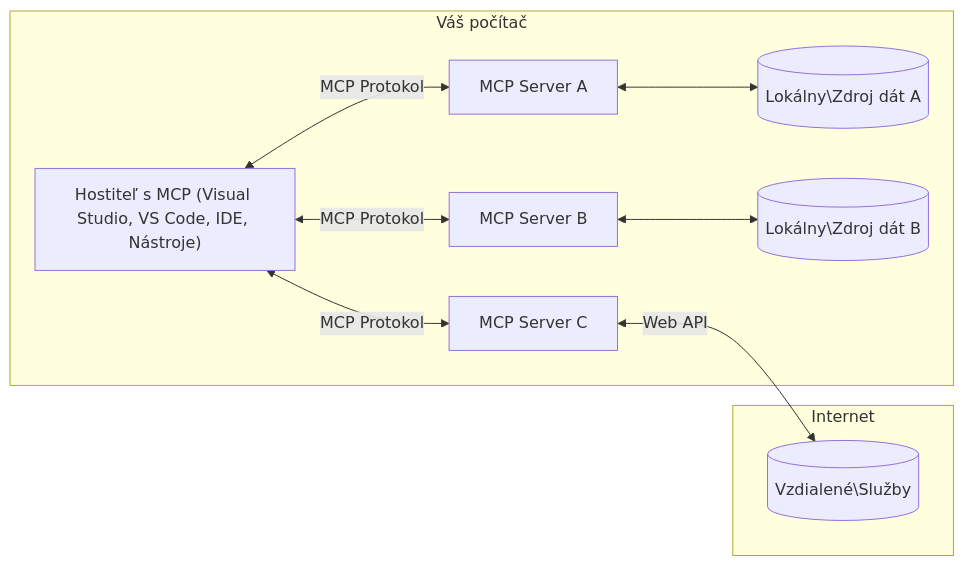
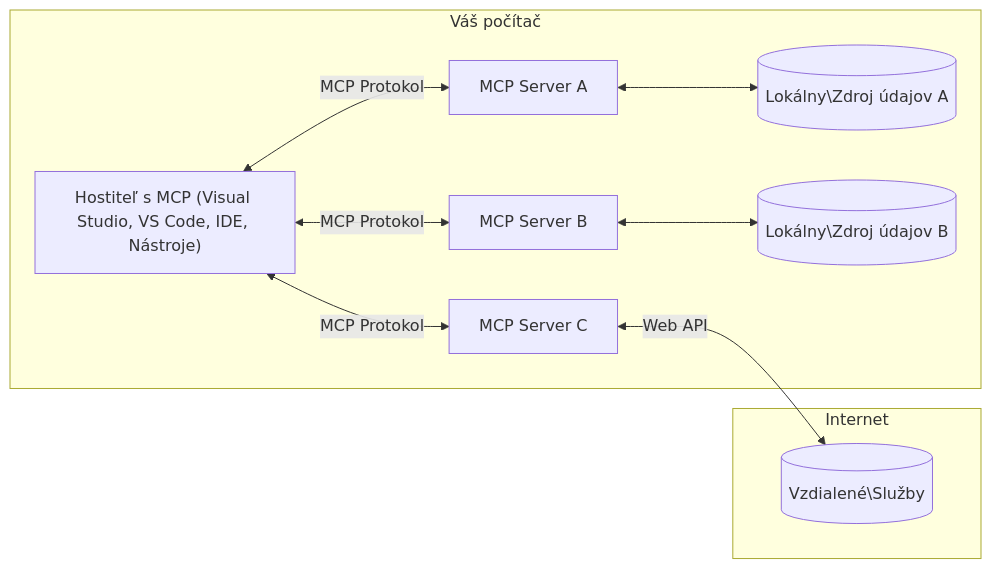
The diagram in translations/sk/01-CoreConcepts/README.md (Mu-L/mcp-for-beginners), drawn with Mermaid before and after one commit. The commit also changed other lines of this file and 5 other files, not shown here.

````diff
--- a/translations/sk/01-CoreConcepts/README.md
+++ b/translations/sk/01-CoreConcepts/README.md
@@ -45,17 +45,17 @@
 ```mermaid
 flowchart LR
     subgraph "Váš počítač"
         Host["Hostiteľ s MCP (Visual Studio, VS Code, IDE, Nástroje)"]
         S1["MCP Server A"]
         S2["MCP Server B"]
         S3["MCP Server C"]
         Host <-->|"MCP Protokol"| S1
         Host <-->|"MCP Protokol"| S2
         Host <-->|"MCP Protokol"| S3
-        S1 <--> D1[("Lokálny\Zdroj dát A")]
-        S2 <--> D2[("Lokálny\Zdroj dát B")]
+        S1 <--> D1[("Lokálny\Zdroj údajov A")]
+        S2 <--> D2[("Lokálny\Zdroj údajov B")]
     end
     subgraph "Internet"
         S3 <-->|"Web API"| D3[("Vzdialené\Služby")]
     end
 ```
````
